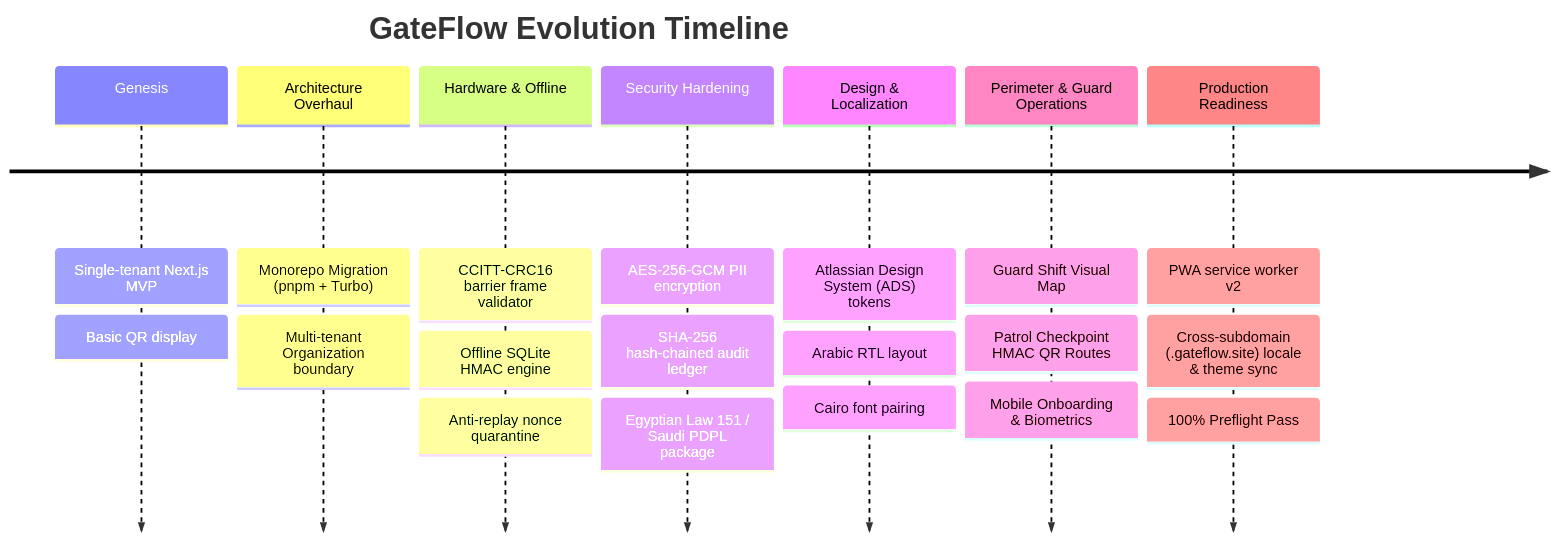
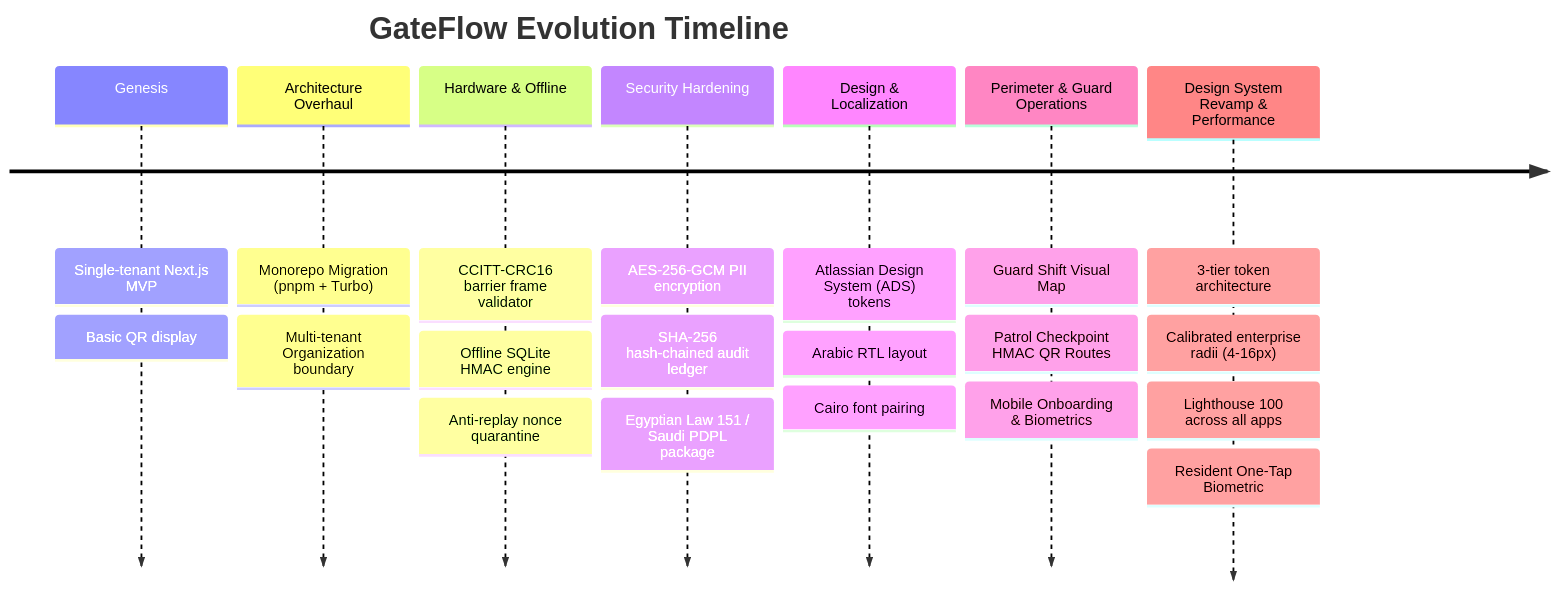
Before and after one commit to iDorgham/Gateflow: the diagram in docs/notebooklm/NOTEBOOKLM_GATEFLOW_ULTIMATE_CONTEXT.md, drawn with Mermaid. The commit also changed other lines of this file and 27 other files, not shown here.

Commit message:
docs: update design system manifesto, knowledge base, notebooklm context, and test suite

````diff
--- a/docs/notebooklm/NOTEBOOKLM_GATEFLOW_ULTIMATE_CONTEXT.md
+++ b/docs/notebooklm/NOTEBOOKLM_GATEFLOW_ULTIMATE_CONTEXT.md
@@ -27,11 +28,11 @@
 ```mermaid
 timeline
     title GateFlow Evolution Timeline
     Genesis : Single-tenant Next.js MVP : Basic QR display
     Architecture Overhaul : Monorepo Migration (pnpm + Turbo) : Multi-tenant Organization boundary
     Hardware & Offline : CCITT-CRC16 barrier frame validator : Offline SQLite HMAC engine : Anti-replay nonce quarantine
     Security Hardening : AES-256-GCM PII encryption : SHA-256 hash-chained audit ledger : Egyptian Law 151 / Saudi PDPL package
     Design & Localization : Atlassian Design System (ADS) tokens : Arabic RTL layout : Cairo font pairing
     Perimeter & Guard Operations : Guard Shift Visual Map : Patrol Checkpoint HMAC QR Routes : Mobile Onboarding & Biometrics
-    Production Readiness : PWA service worker v2 : Cross-subdomain (.gateflow.site) locale & theme sync : 100% Preflight Pass
+    Design System Revamp & Performance : 3-tier token architecture : Calibrated enterprise radii (4-16px) : Lighthouse 100 across all apps : Resident One-Tap Biometric
 ```
````
